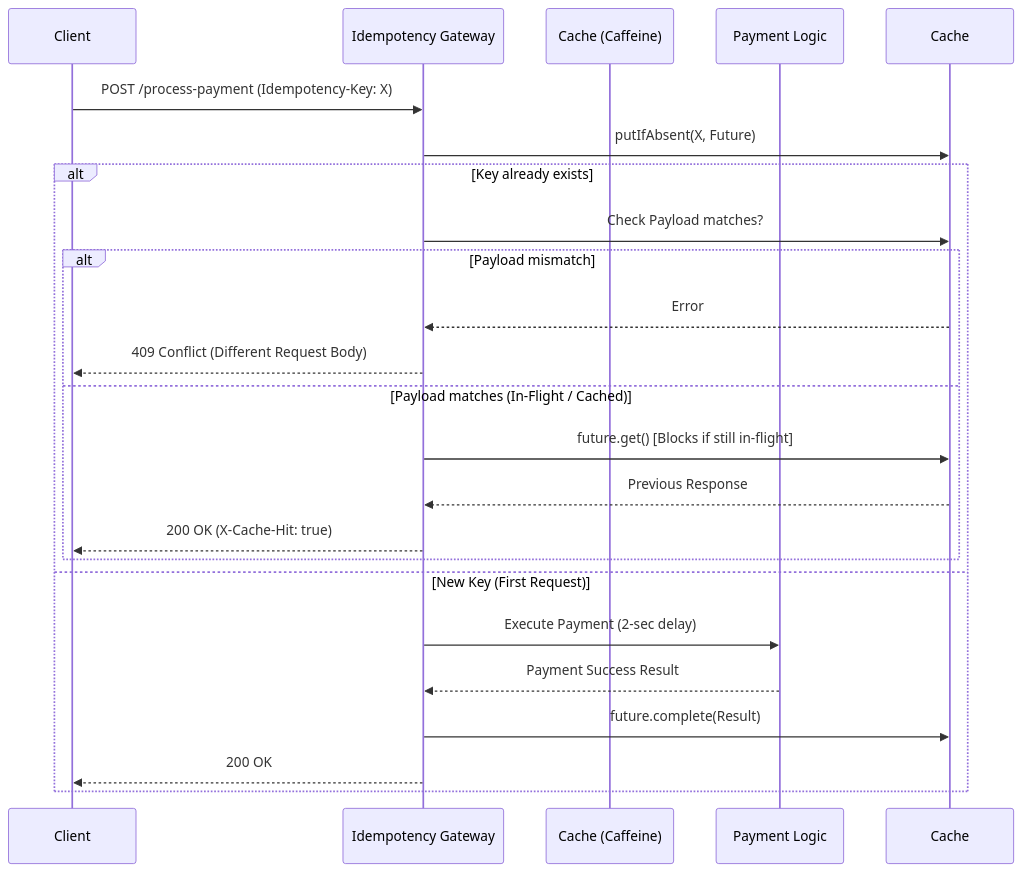
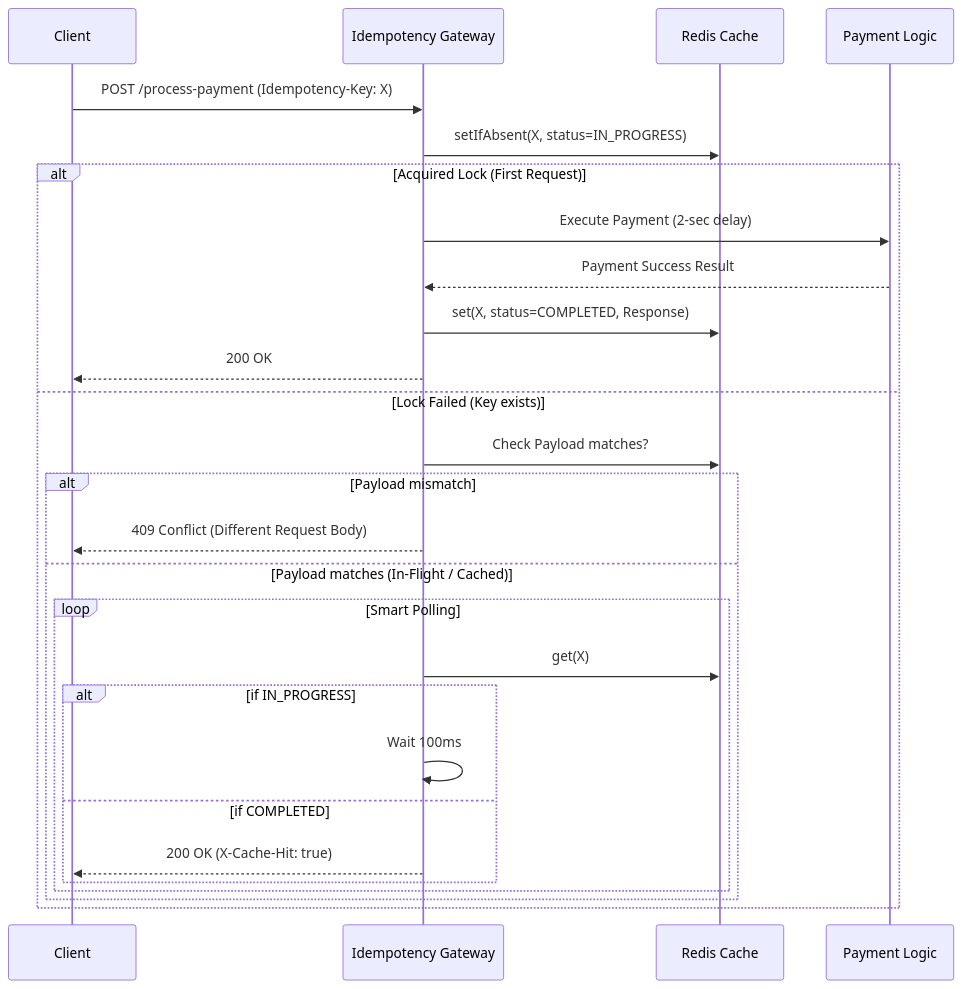
One commit to Bernardkay19/Idempotency-Gateway changed the diagram in README.md. Above: the diagram before and after it, drawn with Mermaid. The commit also changed other lines of this file, not shown here.

Commit message:
docs: update documentation for redis architecture and rate limiting

````diff
--- a/README.md
+++ b/README.md
@@ -9,27 +11,31 @@
 ```mermaid
 sequenceDiagram
     participant Client
     participant Idempotency Gateway
-    participant Cache (Caffeine)
+    participant Redis Cache
     participant Payment Logic
 
     Client->>Idempotency Gateway: POST /process-payment (Idempotency-Key: X)
-    Idempotency Gateway->>Cache: putIfAbsent(X, Future)
+    Idempotency Gateway->>Redis Cache: setIfAbsent(X, status=IN_PROGRESS)
     
-    alt Key already exists
-        Idempotency Gateway->>Cache: Check Payload matches?
+    alt Acquired Lock (First Request)
+        Idempotency Gateway->>Payment Logic: Execute Payment (2-sec delay)
+        Payment Logic-->>Idempotency Gateway: Payment Success Result
+        Idempotency Gateway->>Redis Cache: set(X, status=COMPLETED, Response)
+        Idempotency Gateway-->>Client: 200 OK
+    else Lock Failed (Key exists)
+        Idempotency Gateway->>Redis Cache: Check Payload matches?
         alt Payload mismatch
-            Cache-->>Idempotency Gateway: Error
             Idempotency Gateway-->>Client: 409 Conflict (Different Request Body)
         else Payload matches (In-Flight / Cached)
-            Idempotency Gateway->>Cache: future.get() [Blocks if still in-flight]
-            Cache-->>Idempotency Gateway: Previous Response
-            Idempotency Gateway-->>Client: 200 OK (X-Cache-Hit: true)
+            loop Smart Polling
+                Idempotency Gateway->>Redis Cache: get(X)
+                alt if IN_PROGRESS
+                    Idempotency Gateway->>Idempotency Gateway: Wait 100ms
+                else if COMPLETED
+                    Idempotency Gateway-->>Client: 200 OK (X-Cache-Hit: true)
+                end
+            end
         end
-    else New Key (First Request)
-        Idempotency Gateway->>Payment Logic: Execute Payment (2-sec delay)
-        Payment Logic-->>Idempotency Gateway: Payment Success Result
-        Idempotency Gateway->>Cache: future.complete(Result)
-        Idempotency Gateway-->>Client: 200 OK
     end
 ```
````
